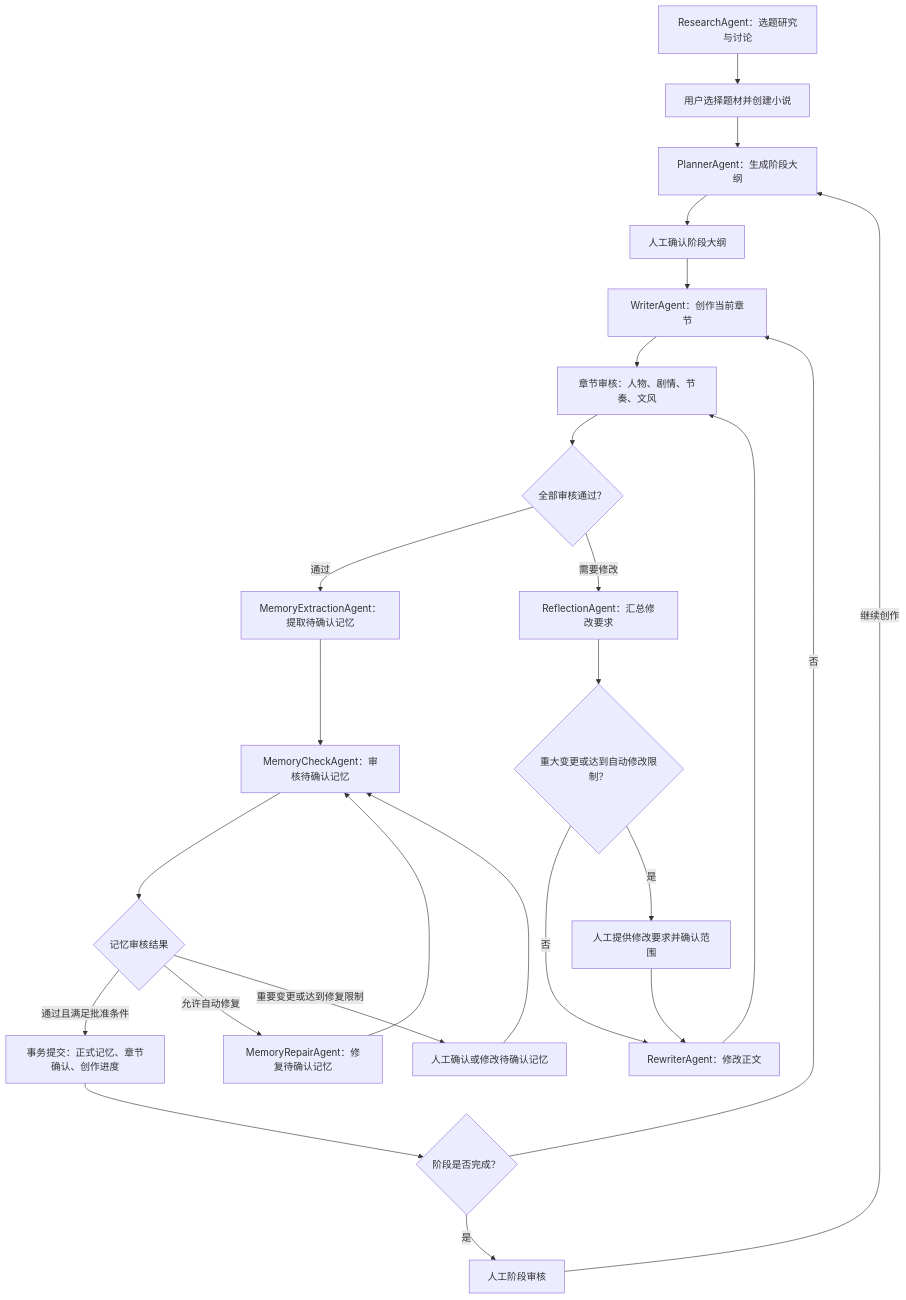
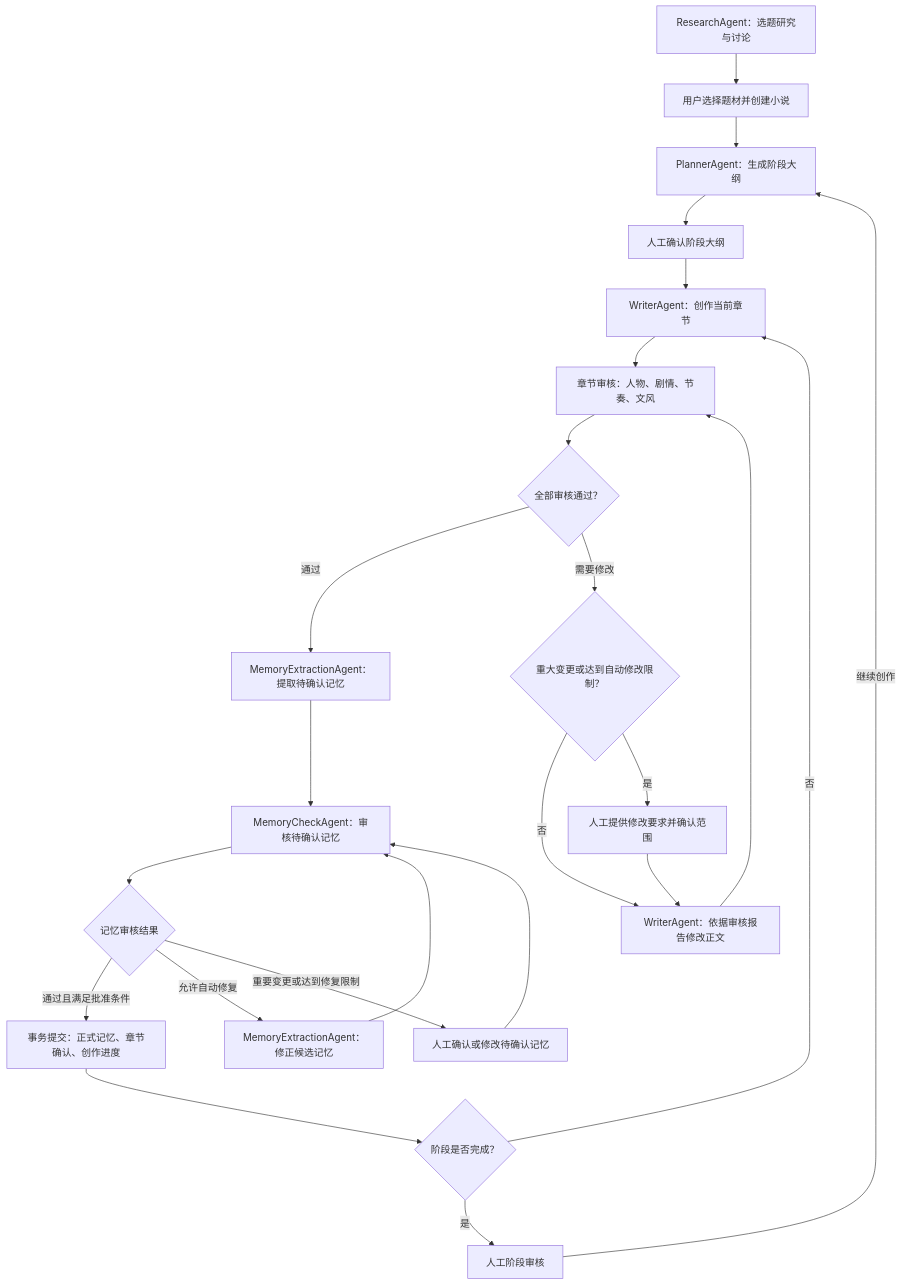
The first of 4 diagrams in docs/multi-agent-workflow.md (ccii1/novel-agent), drawn with Mermaid before and after one commit. The commit also changed other lines of this file and 4 other files, not shown here.

````diff
--- a/docs/multi-agent-workflow.md
+++ b/docs/multi-agent-workflow.md
@@ -11,27 +11,26 @@
 ```mermaid
 flowchart TD
     Research["ResearchAgent：选题研究与讨论"] --> Create["用户选择题材并创建小说"]
     Create --> Plan["PlannerAgent：生成阶段大纲"]
     Plan --> ApprovePlan["人工确认阶段大纲"]
     ApprovePlan --> Write["WriterAgent：创作当前章节"]
     Write --> Review["章节审核：人物、剧情、节奏、文风"]
     Review --> ReviewResult{"全部审核通过？"}
     ReviewResult -->|通过| Extract["MemoryExtractionAgent：提取待确认记忆"]
-    ReviewResult -->|需要修改| Reflect["ReflectionAgent：汇总修改要求"]
-    Reflect --> Boundary{"重大变更或达到自动修改限制？"}
-    Boundary -->|否| Rewrite["RewriterAgent：修改正文"]
+    ReviewResult -->|需要修改| Boundary{"重大变更或达到自动修改限制？"}
+    Boundary -->|否| Rewrite["WriterAgent：依据审核报告修改正文"]
     Boundary -->|是| HumanDraft["人工提供修改要求并确认范围"]
     HumanDraft --> Rewrite
     Rewrite --> Review
     Extract --> MemoryCheck["MemoryCheckAgent：审核待确认记忆"]
     MemoryCheck --> MemoryResult{"记忆审核结果"}
     MemoryResult -->|通过且满足批准条件| Commit["事务提交：正式记忆、章节确认、创作进度"]
-    MemoryResult -->|允许自动修复| Repair["MemoryRepairAgent：修复待确认记忆"]
+    MemoryResult -->|允许自动修复| Repair["MemoryExtractionAgent：修正候选记忆"]
     Repair --> MemoryCheck
     MemoryResult -->|重要变更或达到修复限制| HumanMemory["人工确认或修改待确认记忆"]
     HumanMemory --> MemoryCheck
     Commit --> Stage{"阶段是否完成？"}
     Stage -->|否| Write
     Stage -->|是| HumanStage["人工阶段审核"]
     HumanStage -->|继续创作| Plan
 ```
````
